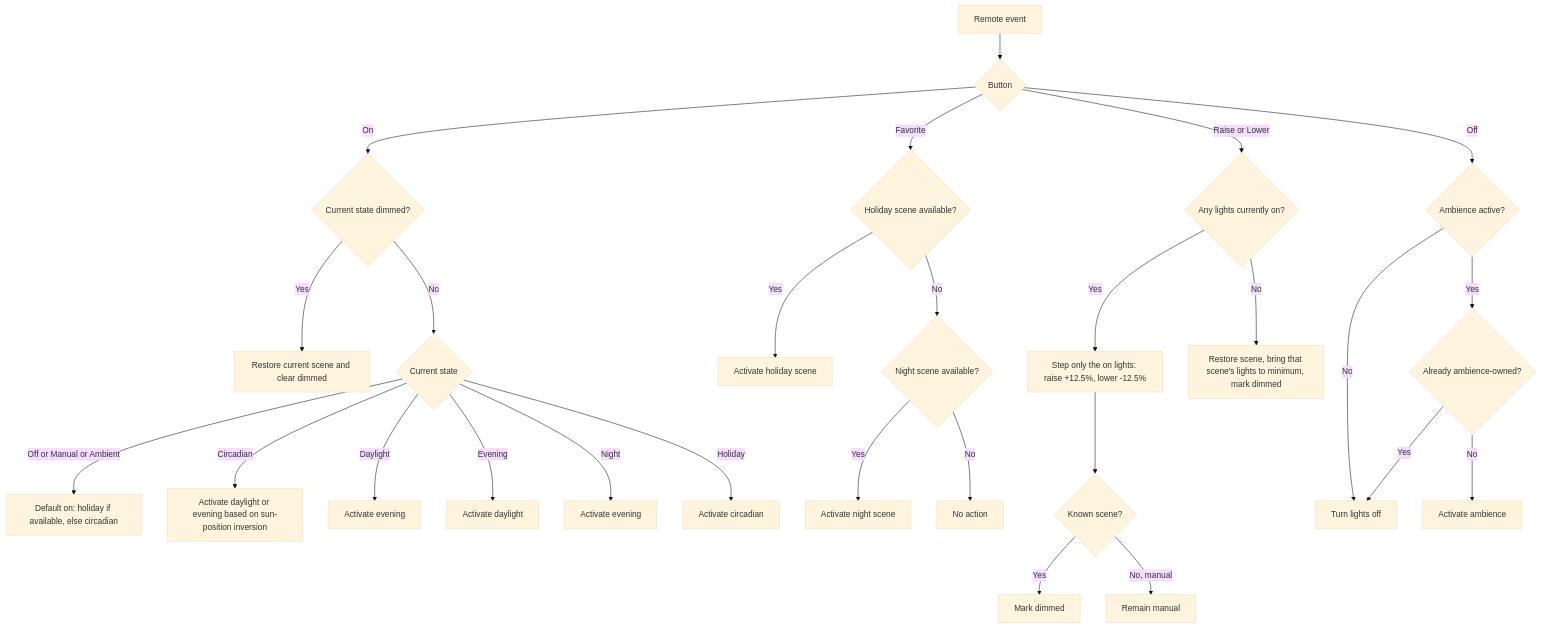
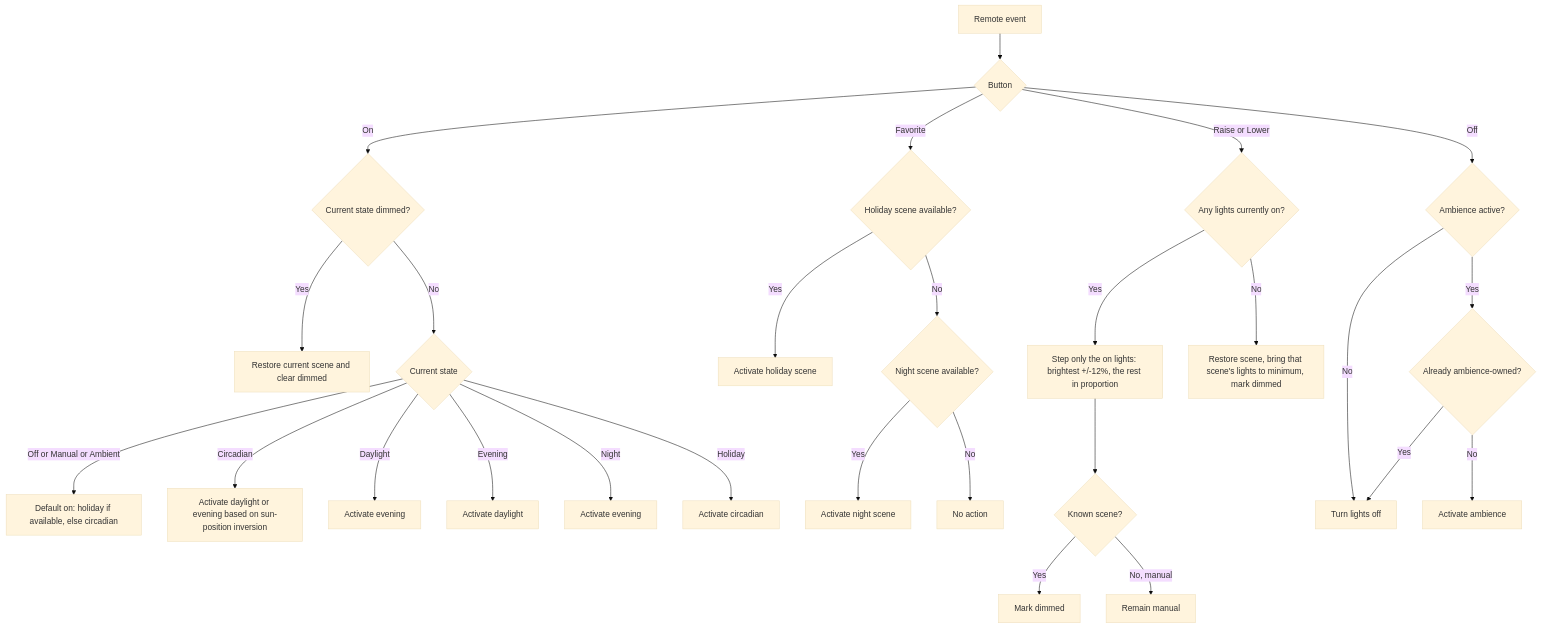
Before and after one commit to aarontc/home-assistant-area-lighting: the second of 4 diagrams in README.md, drawn with Mermaid (base theme). The commit also changed other lines of this file and 5 other files, not shown here.

First line of the commit message:
(Minor) area_lighting: keep lights in proportion on raise and lower

````diff
--- a/README.md
+++ b/README.md
@@ -382,33 +397,33 @@
 ```mermaid
 flowchart TD
     A[Remote event] --> B{Button}
 
     B -->|On| C{Current state dimmed?}
     C -->|Yes| D[Restore current scene and clear dimmed]
     C -->|No| E{Current state}
     E -->|Off or Manual or Ambient| F[Default on: holiday if available, else circadian]
     E -->|Circadian| G[Activate daylight or evening based on sun-position inversion]
     E -->|Daylight| H[Activate evening]
     E -->|Evening| I[Activate daylight]
     E -->|Night| J[Activate evening]
     E -->|Holiday| K[Activate circadian]
 
     B -->|Favorite| L{Holiday scene available?}
     L -->|Yes| M[Activate holiday scene]
     L -->|No| N{Night scene available?}
     N -->|Yes| O[Activate night scene]
     N -->|No| P[No action]
 
     B -->|Raise or Lower| Q{Any lights currently on?}
-    Q -->|Yes| R["Step only the on lights: raise +12.5%, lower -12.5%"]
+    Q -->|Yes| R["Step only the on lights: brightest +/-12%, the rest in proportion"]
     R --> S{Known scene?}
     S -->|Yes| T[Mark dimmed]
     S -->|No, manual| U[Remain manual]
     Q -->|No| V["Restore scene, bring that scene's lights to minimum, mark dimmed"]
 
     B -->|Off| X{Ambience active?}
     X -->|No| Y[Turn lights off]
     X -->|Yes| Z{Already ambience-owned?}
     Z -->|Yes| Y
     Z -->|No| AA[Activate ambience]
 ```
````
